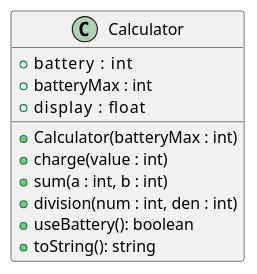
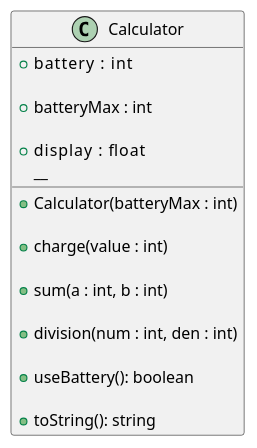
Before and after one commit to qxcodepoo/arcade: the diagram in base/001/.cache/Readme.md, drawn with PlantUML. The commit also changed 22 other files, not shown here.

````diff
--- a/base/001/.cache/Readme.md
+++ b/base/001/.cache/Readme.md
@@ -34,34 +34,41 @@
 ```plantuml
 class Calculator {
+
+  ' a bateria atual
   + battery    : int
+
+  ' o máximo de bateria suportado
   + batteryMax : int
+
+  ' guarda o resultado da última operação
   + display    : float
   __
-  '
+
   ' inicia os atributos batteryMax utilizando o parametro passado
   ' battery e display começam com o zero
   + Calculator(batteryMax : int)
-  '
-  ' aumenta a bateria value, porém não além do máximo.
+
+  ' aumenta a bateria de value, porém não além do máximo.
   + charge(value : int)
-  '
-  ' tenta gastar bateria usando o método useBattery
-  ' verifica o resultado do retorno
-  ' armazene a soma no atributo display.
+  
+  ' realiza a soma de dois número e coloca o resultado no display
+  ' tenta gastar bateria usando o método useBattery()
+  '   verifica o resultado do retorno
   + sum(a : int, b : int)
-  '
-  ' tenta gastar bateria usando o método useBattery
-  ' verifica o resultado do retorno
+  
+  ' realiza a divisão de dois números e armazena o resultado no display
+  ' tenta gastar bateria usando o método useBattery()
+  '   verifica o resultado do retorno
   ' verifica se não é divisão por zero
-  ' armazena o resultado no display
   + division(num : int, den : int)
-  '
-  ' tenta gastar uma unidade da bateria e emite um erro se não conseguir.
+  
+  ' tenta gastar uma unidade da bateria
+  '   emite um erro se não conseguir.
   ' retorna se conseguiu gastar ou não.
   + useBattery(): boolean
-  '
+  
   ' retorna uma string com o formato
   ' display = 0.00, bateria = 0
   + toString(): string
 }
 ```
````
